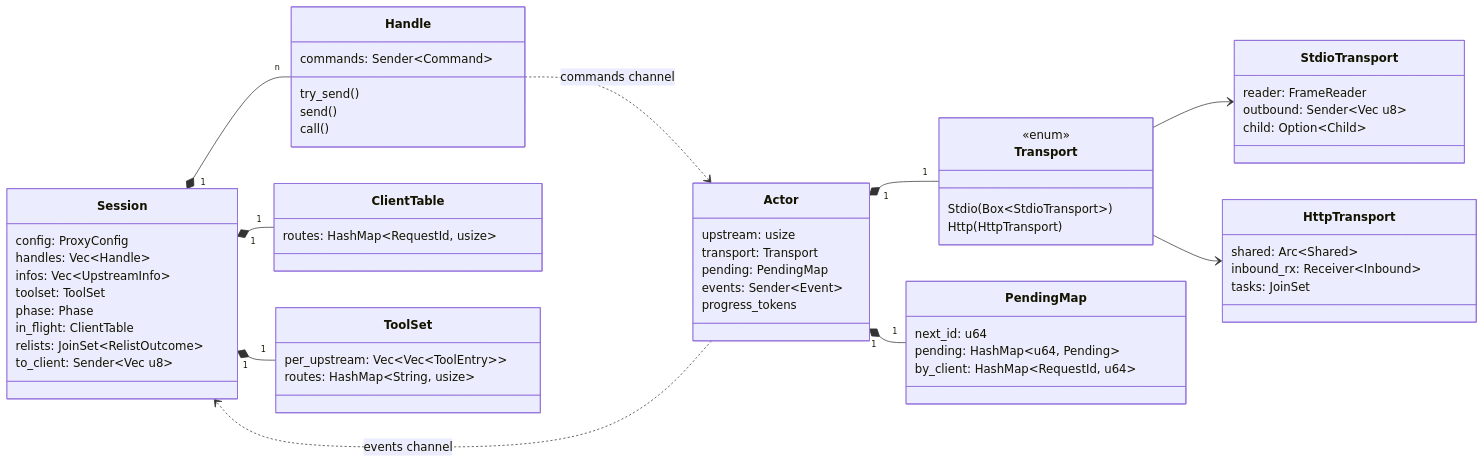
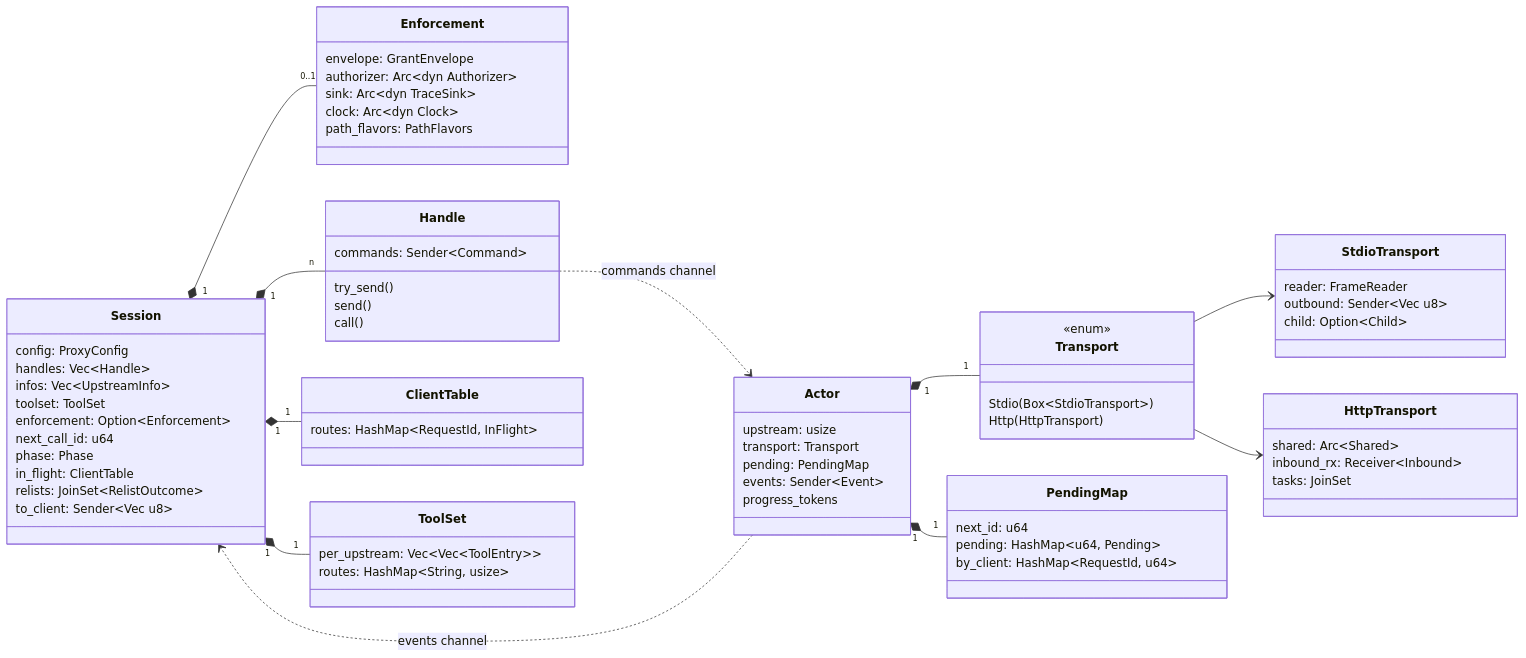
One commit to Flavian-Systems/flavium changed the fourth of 12 diagrams in docs/architecture/proxy-mcp.md. Above: the diagram before and after it, drawn with Mermaid. The commit also changed other lines of this file and 24 other files, not shown here.

````diff
--- a/docs/architecture/proxy-mcp.md
+++ b/docs/architecture/proxy-mcp.md
@@ -205,63 +221,73 @@
 ```mermaid
 classDiagram
     direction LR
     class Session {
         config: ProxyConfig
         handles: Vec~Handle~
         infos: Vec~UpstreamInfo~
         toolset: ToolSet
+        enforcement: Option~Enforcement~
+        next_call_id: u64
         phase: Phase
         in_flight: ClientTable
         relists: JoinSet~RelistOutcome~
         to_client: Sender~Vec u8~
+    }
+    class Enforcement {
+        envelope: GrantEnvelope
+        authorizer: Arc~dyn Authorizer~
+        sink: Arc~dyn TraceSink~
+        clock: Arc~dyn Clock~
+        path_flavors: PathFlavors
     }
     class Handle {
         commands: Sender~Command~
         try_send()
         send()
         call()
     }
     class Actor {
         upstream: usize
         transport: Transport
         pending: PendingMap
         events: Sender~Event~
         progress_tokens
     }
     class Transport {
         <<enum>>
         Stdio(Box~StdioTransport~)
         Http(HttpTransport)
     }
     class StdioTransport {
         reader: FrameReader
         outbound: Sender~Vec u8~
         child: Option~Child~
     }
     class HttpTransport {
         shared: Arc~Shared~
         inbound_rx: Receiver~Inbound~
         tasks: JoinSet
     }
     class PendingMap {
         next_id: u64
         pending: HashMap~u64, Pending~
         by_client: HashMap~RequestId, u64~
     }
     class ClientTable {
-        routes: HashMap~RequestId, usize~
+        routes: HashMap~RequestId, InFlight~
     }
     class ToolSet {
         per_upstream: Vec~Vec~ToolEntry~~
         routes: HashMap~String, usize~
     }
     Session "1" *-- "n" Handle
     Session "1" *-- "1" ClientTable
     Session "1" *-- "1" ToolSet
+    Session "1" *-- "0..1" Enforcement
     Handle ..> Actor : commands channel
     Actor ..> Session : events channel
     Actor "1" *-- "1" Transport
     Actor "1" *-- "1" PendingMap
     Transport --> StdioTransport
     Transport --> HttpTransport
 ```
````
